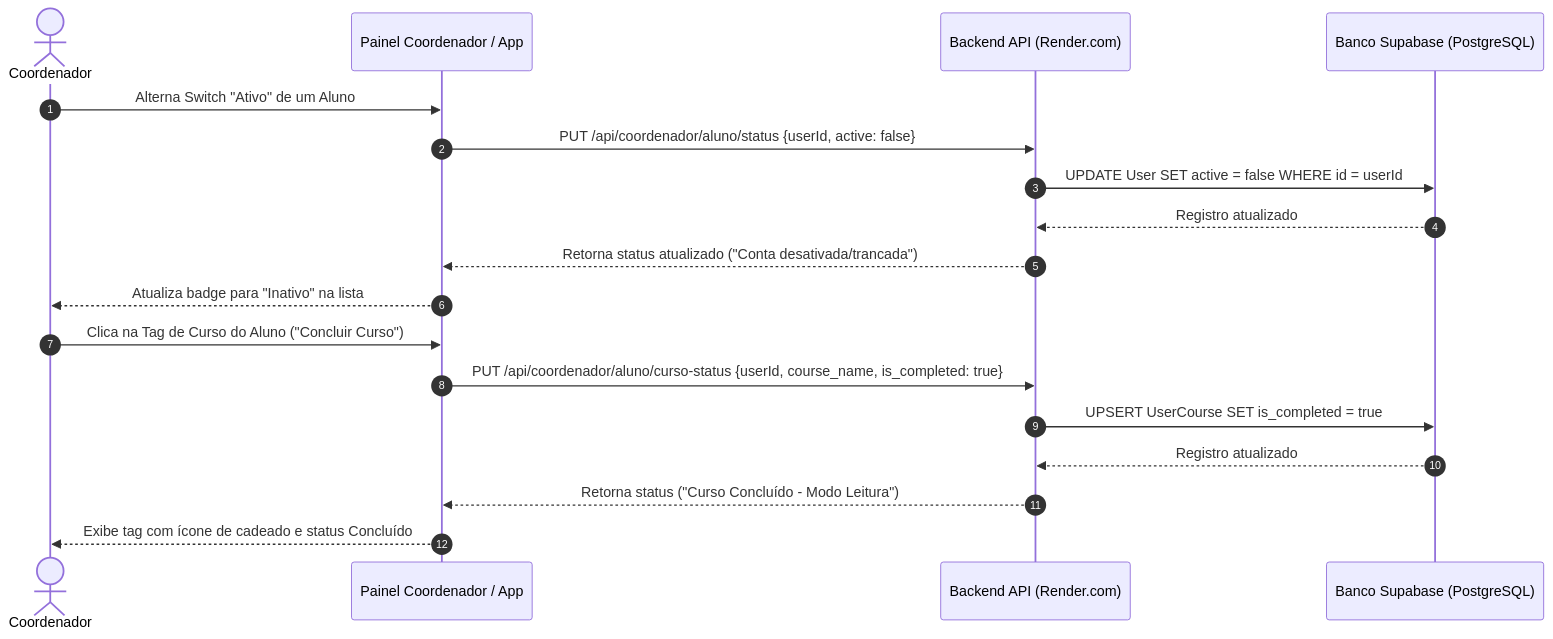
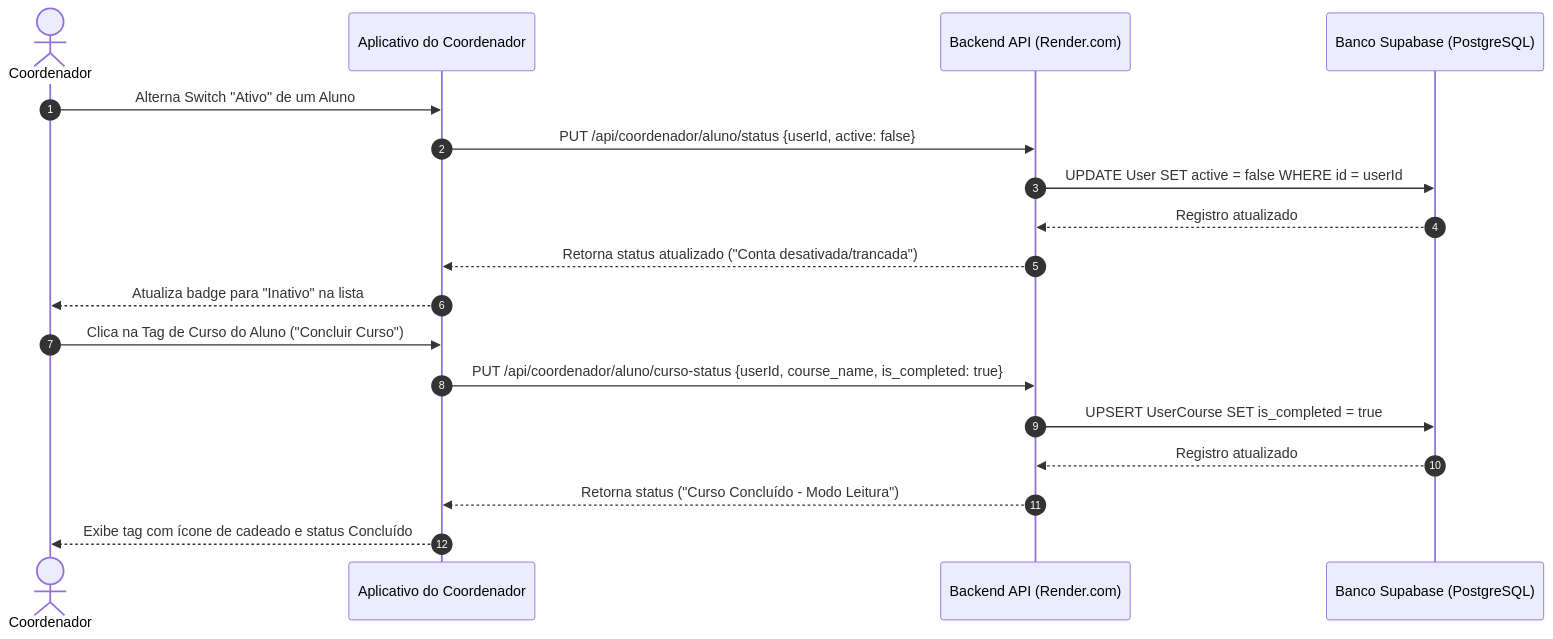
Before and after one commit to caneschi-lais/geoclass: diagram 20 of 24 in documentacao/diagramas/fluxos.md, drawn with Mermaid. The commit also changed other lines of this file and 34 other files, not shown here.

Commit message:
docs: add system architecture diagrams and generation script

````diff
--- a/documentacao/diagramas/fluxos.md
+++ b/documentacao/diagramas/fluxos.md
@@ -713,24 +713,24 @@
 ```mermaid
 sequenceDiagram
     autonumber
     actor Coordenador
-    participant Web as Painel Coordenador / App
+    participant App as Aplicativo do Coordenador
     participant API as Backend API (Render.com)
     participant DB as Banco Supabase (PostgreSQL)
 
     %% Alternar Status Ativo / Inativo
-    Coordenador->>Web: Alterna Switch "Ativo" de um Aluno
-    Web->>API: PUT /api/coordenador/aluno/status {userId, active: false}
+    Coordenador->>App: Alterna Switch "Ativo" de um Aluno
+    App->>API: PUT /api/coordenador/aluno/status {userId, active: false}
     API->>DB: UPDATE User SET active = false WHERE id = userId
     DB-->>API: Registro atualizado
-    API-->>Web: Retorna status atualizado ("Conta desativada/trancada")
-    Web-->>Coordenador: Atualiza badge para "Inativo" na lista
+    API-->>App: Retorna status atualizado ("Conta desativada/trancada")
+    App-->>Coordenador: Atualiza badge para "Inativo" na lista
 
     %% Alternar Conclusão de Curso
-    Coordenador->>Web: Clica na Tag de Curso do Aluno ("Concluir Curso")
-    Web->>API: PUT /api/coordenador/aluno/curso-status {userId, course_name, is_completed: true}
+    Coordenador->>App: Clica na Tag de Curso do Aluno ("Concluir Curso")
+    App->>API: PUT /api/coordenador/aluno/curso-status {userId, course_name, is_completed: true}
     API->>DB: UPSERT UserCourse SET is_completed = true
     DB-->>API: Registro atualizado
-    API-->>Web: Retorna status ("Curso Concluído - Modo Leitura")
-    Web-->>Coordenador: Exibe tag com ícone de cadeado e status Concluído
+    API-->>App: Retorna status ("Curso Concluído - Modo Leitura")
+    App-->>Coordenador: Exibe tag com ícone de cadeado e status Concluído
 ```
````
